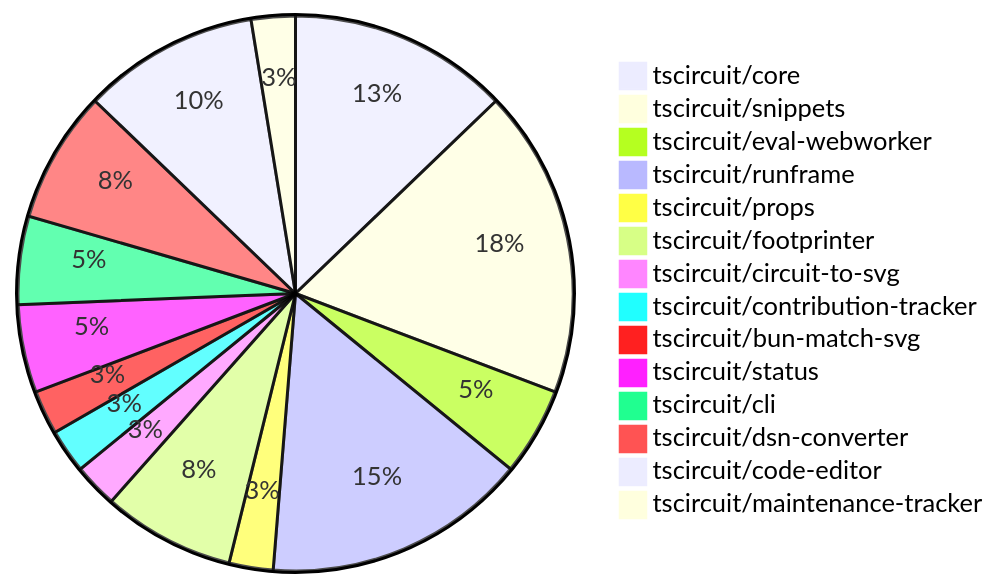
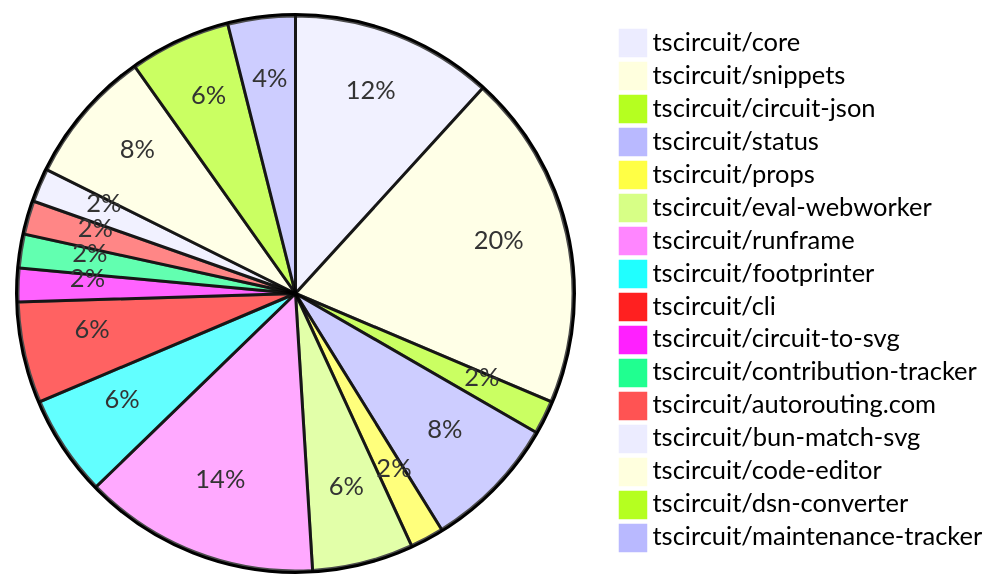
Before and after one commit to tscircuit/contribution-tracker: the diagram in README.md, drawn with Mermaid. The commit also changed other lines of this file and 2 other files, not shown here.

````diff
--- a/README.md
+++ b/README.md
@@ -24,17 +24,19 @@
 ```mermaid
 pie
-    "tscircuit/core" : 5
-    "tscircuit/snippets" : 7
-    "tscircuit/eval-webworker" : 2
-    "tscircuit/runframe" : 6
+    "tscircuit/core" : 6
+    "tscircuit/snippets" : 10
+    "tscircuit/circuit-json" : 1
+    "tscircuit/status" : 4
     "tscircuit/props" : 1
+    "tscircuit/eval-webworker" : 3
+    "tscircuit/runframe" : 7
     "tscircuit/footprinter" : 3
+    "tscircuit/cli" : 3
     "tscircuit/circuit-to-svg" : 1
     "tscircuit/contribution-tracker" : 1
+    "tscircuit/autorouting.com" : 1
     "tscircuit/bun-match-svg" : 1
-    "tscircuit/status" : 2
-    "tscircuit/cli" : 2
+    "tscircuit/code-editor" : 4
     "tscircuit/dsn-converter" : 3
-    "tscircuit/code-editor" : 4
-    "tscircuit/maintenance-tracker" : 1
+    "tscircuit/maintenance-tracker" : 2
 ```
````
